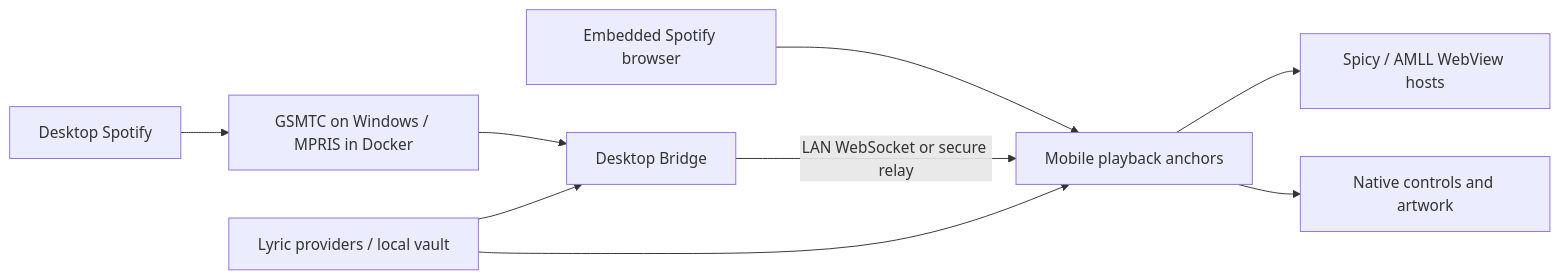
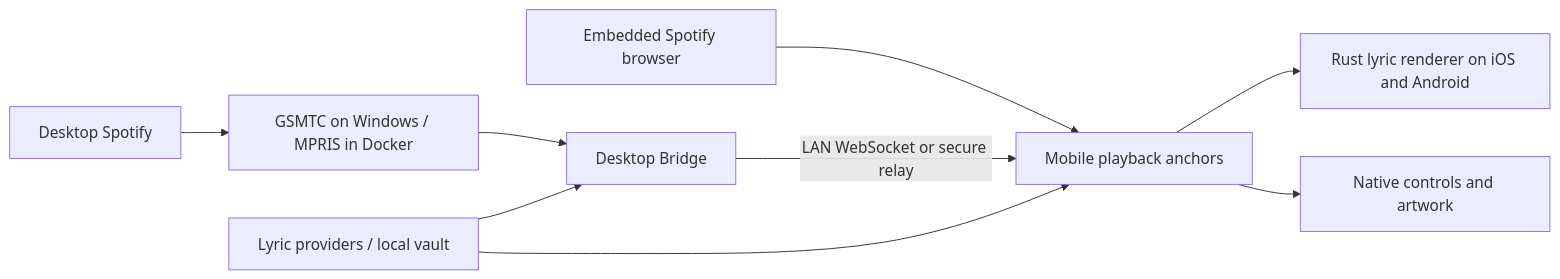
Before and after one commit to kineticron/KineSync: the diagram in docs/architecture.md, drawn with Mermaid. The commit also changed other lines of this file and 74 other files, not shown here.

Commit message:
Remove WebView lyric renderers, use Rust everywhere

````diff
--- a/docs/architecture.md
+++ b/docs/architecture.md
@@ -9,11 +9,11 @@
 ```mermaid
 flowchart LR
   SpotifyWeb[Embedded Spotify browser] --> Mobile[Mobile playback anchors]
   SpotifyDesktop[Desktop Spotify] --> Detector[GSMTC on Windows / MPRIS in Docker]
   Detector --> Bridge[Desktop Bridge]
   Bridge -->|LAN WebSocket or secure relay| Mobile
   Providers[Lyric providers / local vault] --> Bridge
   Providers --> Mobile
-  Mobile --> Hosts[Spicy / AMLL WebView hosts]
+  Mobile --> Hosts[Rust lyric renderer on iOS and Android]
   Mobile --> NativeUI[Native controls and artwork]
 ```
````
